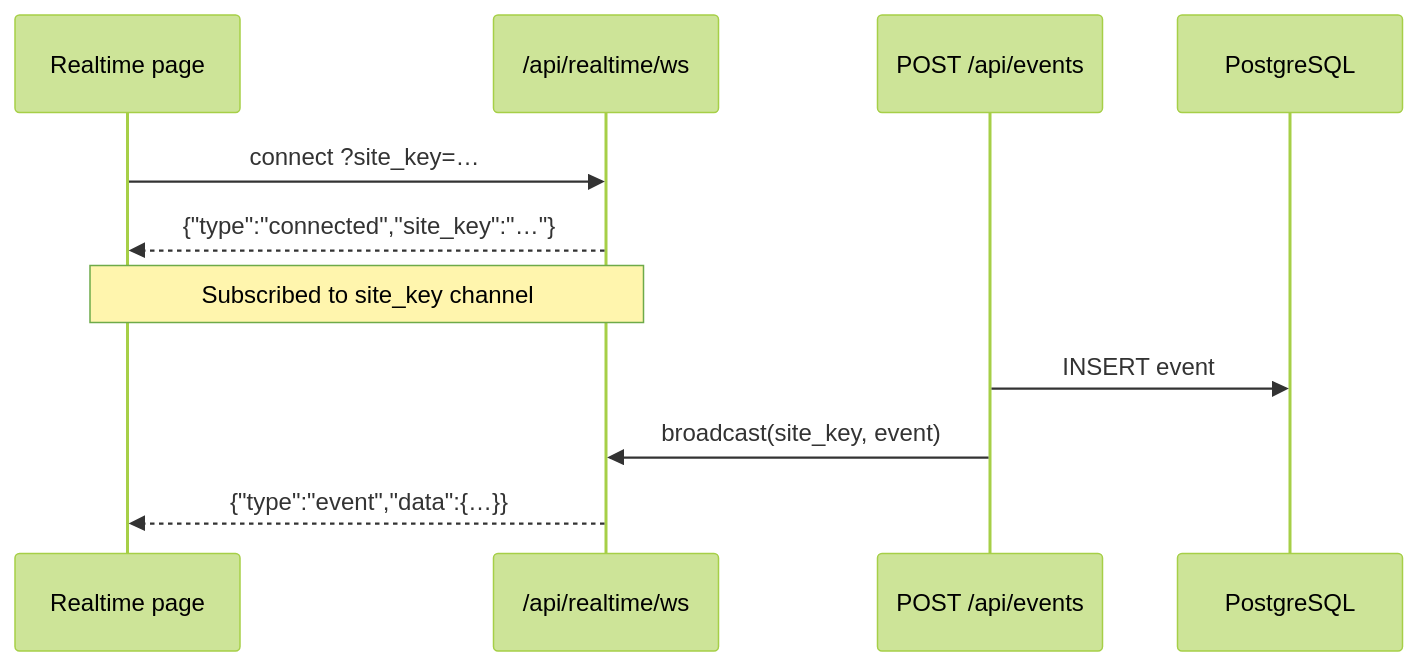
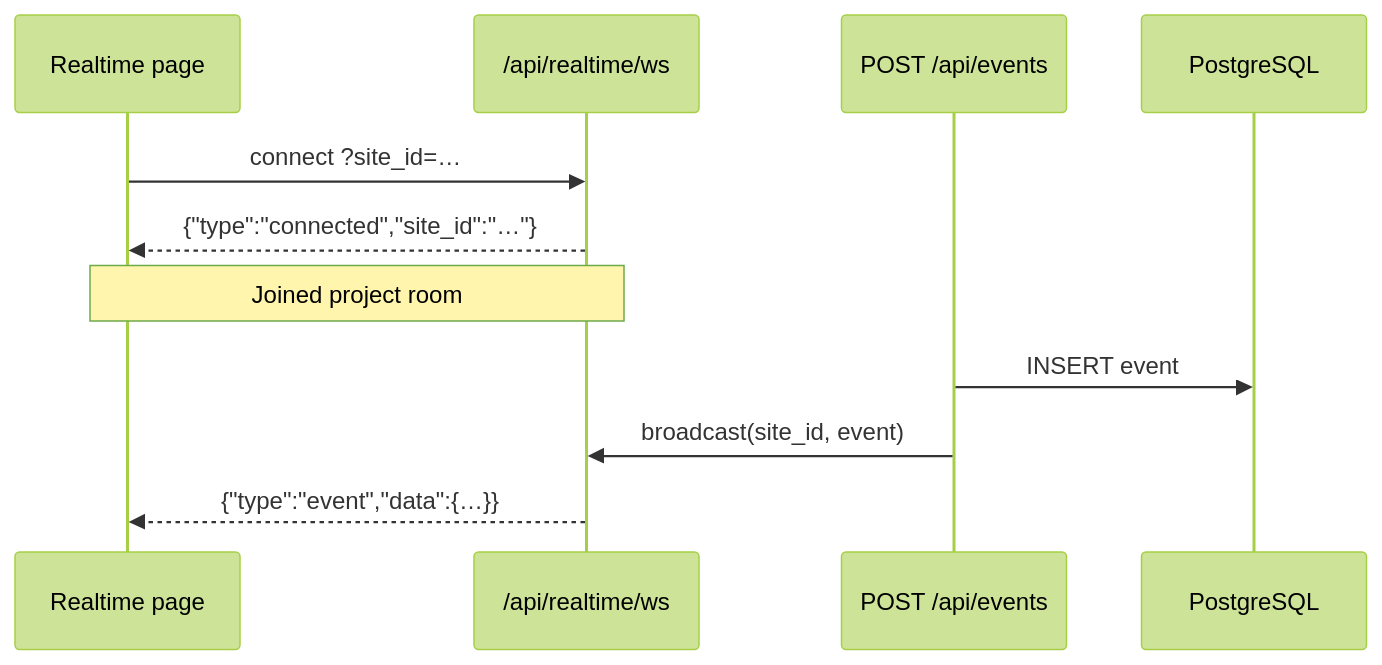
One commit to buigiathanh/Open-Analytics changed the diagram in docs/realtime-socket.md. Above: the diagram before and after it, drawn with Mermaid (forest theme). The commit also changed other lines of this file and 19 other files, not shown here.

````diff
--- a/docs/realtime-socket.md
+++ b/docs/realtime-socket.md
@@ -25,14 +29,14 @@
 ```mermaid
 sequenceDiagram
   participant Client as Realtime page
   participant WS as /api/realtime/ws
   participant API as POST /api/events
   participant DB as PostgreSQL
 
-  Client->>WS: connect ?site_key=…
-  WS-->>Client: {"type":"connected","site_key":"…"}
-  Note over Client,WS: Subscribed to site_key channel
+  Client->>WS: connect ?site_id=…
+  WS-->>Client: {"type":"connected","site_id":"…"}
+  Note over Client,WS: Joined project room
   API->>DB: INSERT event
-  API->>WS: broadcast(site_key, event)
+  API->>WS: broadcast(site_id, event)
   WS-->>Client: {"type":"event","data":{…}}
 ```
````
